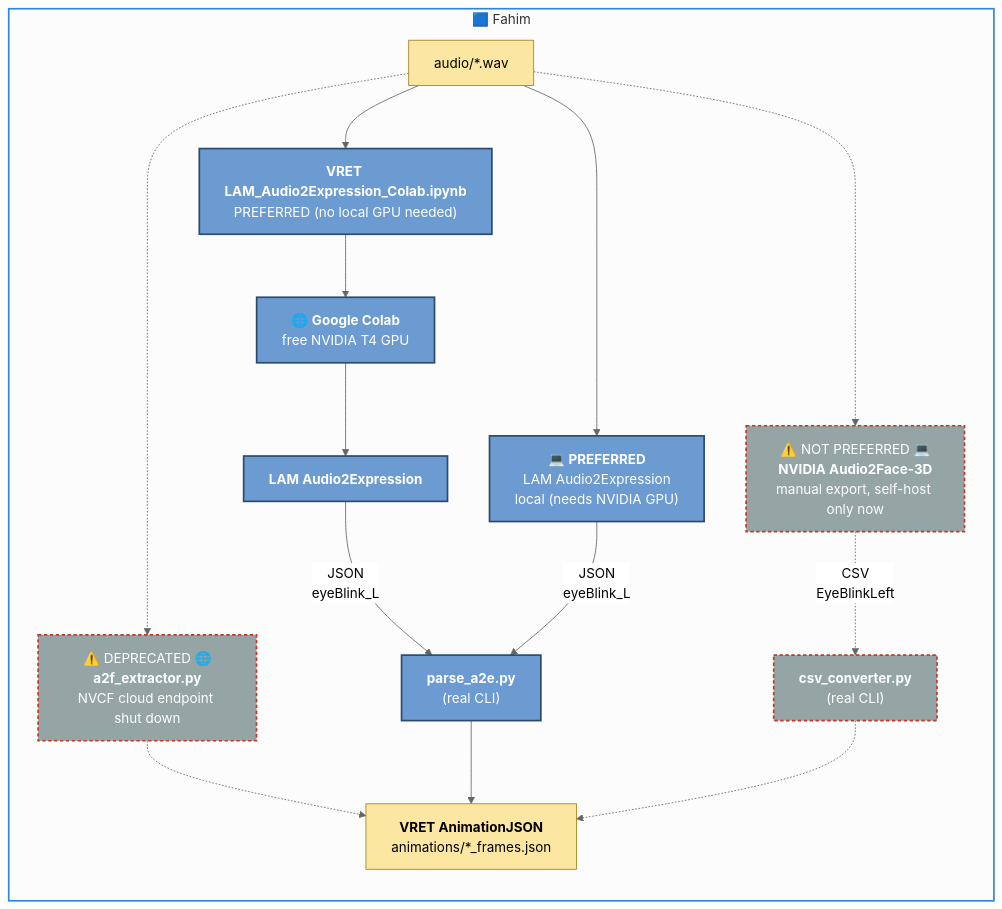
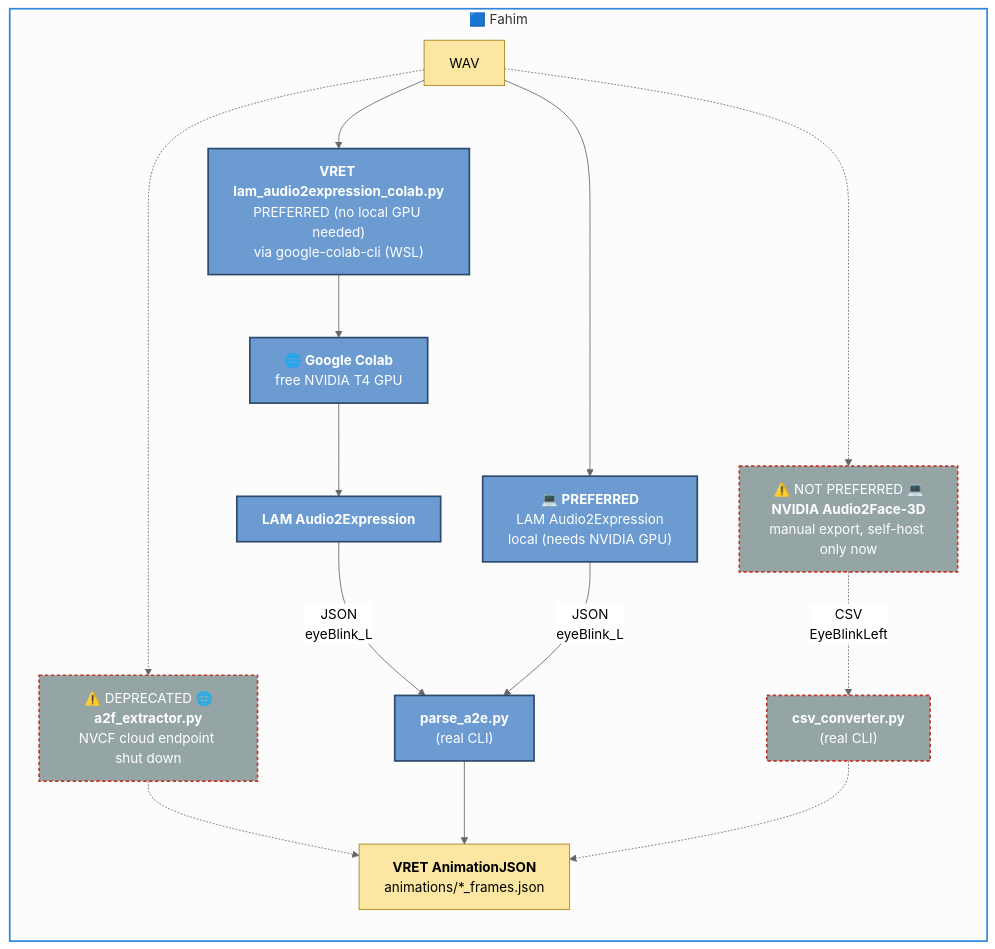
Before and after one commit to SBU-VRET/VRET-Project: the fifth of 8 diagrams in docs/TECH_PIPELINE.md, drawn with Mermaid (neutral theme). The commit also changed other lines of this file and 20 other files, not shown here.

Commit message:
Automate LAM facial-animation generation via a Colab CLI pipeline and wire its output into both avatar scenes.

````diff
--- a/docs/TECH_PIPELINE.md
+++ b/docs/TECH_PIPELINE.md
@@ -169,19 +169,19 @@
 ```mermaid
 flowchart LR
     subgraph S4["🟦 Fahim"]
-    WAV["audio/*.wav"] --> LAMColabNB["<b>VRET LAM_Audio2Expression_Colab.ipynb</b><br/>PREFERRED (no local GPU needed)"] --> GoogleColab["🌐 <b>Google Colab</b><br/>free NVIDIA T4 GPU"] --> LAMColabTool["<b>LAM Audio2Expression</b>"] -->|"JSON<br/>eyeBlink_L"| ParseA2E["<b>parse_a2e.py</b><br/>(real CLI)"]
+    WAV --> LAMColabCLI["<b>VRET lam_audio2expression_colab.py</b><br/>PREFERRED (no local GPU needed)<br/>via google-colab-cli (WSL)"] --> GoogleColab["🌐 <b>Google Colab</b><br/>free NVIDIA T4 GPU"] --> LAMColabTool["<b>LAM Audio2Expression</b>"] -->|"JSON<br/>eyeBlink_L"| ParseA2E["<b>parse_a2e.py</b><br/>(real CLI)"]
     WAV --> LAMLocal["💻 <b>PREFERRED</b><br/>LAM Audio2Expression<br/>local (needs NVIDIA GPU)"] -->|"JSON<br/>eyeBlink_L"| ParseA2E
     WAV -.-> A2FDirect["⚠️ DEPRECATED 🌐<br/><b>a2f_extractor.py</b><br/>NVCF cloud endpoint shut down"] -.-> RuntimeJSON["<b>VRET AnimationJSON</b><br/>animations/*_frames.json"]
     WAV -.-> A2F["⚠️ NOT PREFERRED 💻<br/><b>NVIDIA Audio2Face-3D</b><br/>manual export, self-host only now"] -.->|"CSV<br/>EyeBlinkLeft"| CSVConv["<b>csv_converter.py</b><br/>(real CLI)"]
     ParseA2E --> RuntimeJSON
     CSVConv -.-> RuntimeJSON
     end
 
     style S4 stroke:#2E86DE,stroke-width:2px
     classDef tool fill:#6c9bd1,stroke:#2c4a6b,stroke-width:2px,color:#fff;
     classDef deprecated fill:#95a5a6,stroke:#c0392b,stroke-width:2px,color:#fff,stroke-dasharray: 4 3;
     classDef artifact fill:#fbe7a1,stroke:#a87f1a,stroke-width:1px,color:#000;
-    class LAMColabNB,GoogleColab,LAMColabTool,LAMLocal,ParseA2E tool
+    class LAMColabCLI,GoogleColab,LAMColabTool,LAMLocal,ParseA2E tool
     class A2F,A2FDirect,CSVConv deprecated
     class WAV,RuntimeJSON artifact
 ```
````
